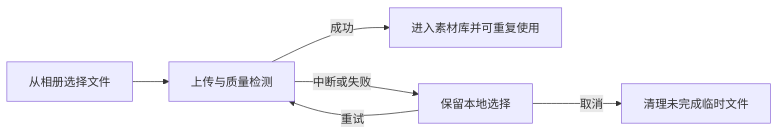
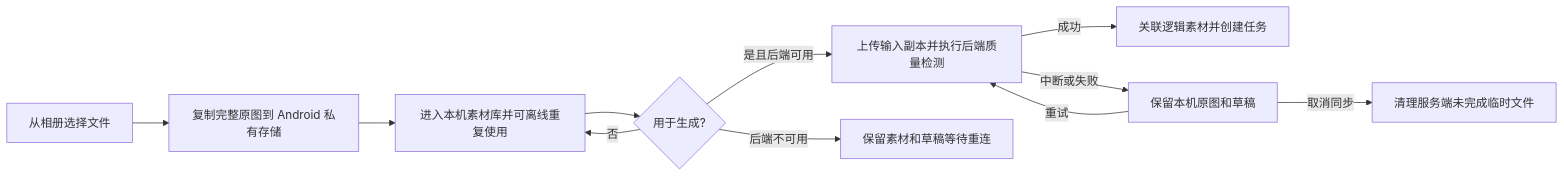
One commit to xfl187/clothes_model changed the fourth of 6 diagrams in docs/product-flow.md. Above: the diagram before and after it, drawn with Mermaid. The commit also changed other lines of this file and 79 other files, not shown here.

````diff
--- a/docs/product-flow.md
+++ b/docs/product-flow.md
@@ -110,8 +114,13 @@
 ```mermaid
 flowchart LR
-    A[从相册选择文件] --> B[上传与质量检测]
-    B -->|成功| C[进入素材库并可重复使用]
-    B -->|中断或失败| D[保留本地选择]
-    D -->|重试| B
-    D -->|取消| E[清理未完成临时文件]
+    A[从相册选择文件] --> B[复制完整原图到 Android 私有存储]
+    B --> C[进入本机素材库并可离线重复使用]
+    C --> D{用于生成?}
+    D -->|否| C
+    D -->|是且后端可用| E[上传输入副本并执行后端质量检测]
+    D -->|后端不可用| F[保留素材和草稿等待重连]
+    E -->|成功| G[关联逻辑素材并创建任务]
+    E -->|中断或失败| H[保留本机原图和草稿]
+    H -->|重试| E
+    H -->|取消同步| I[清理服务端未完成临时文件]
 ```
````
